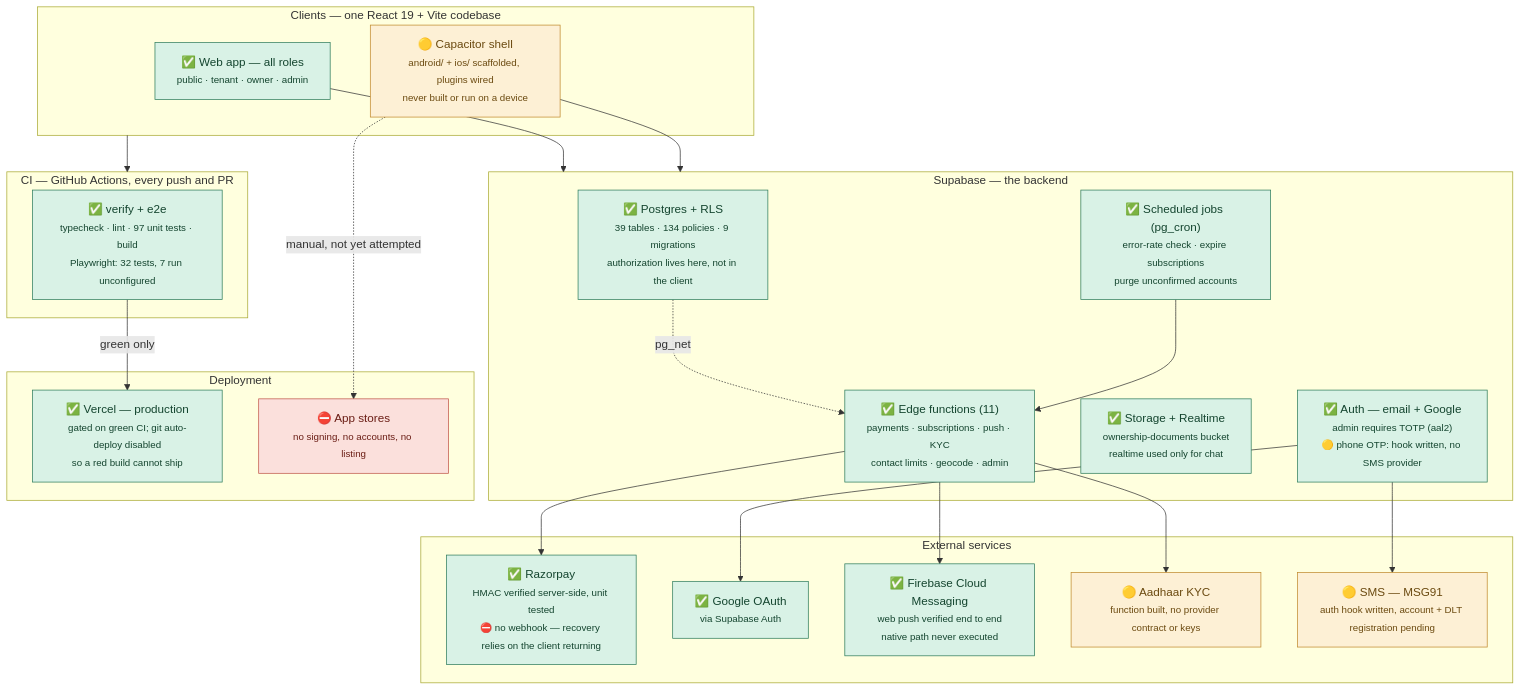
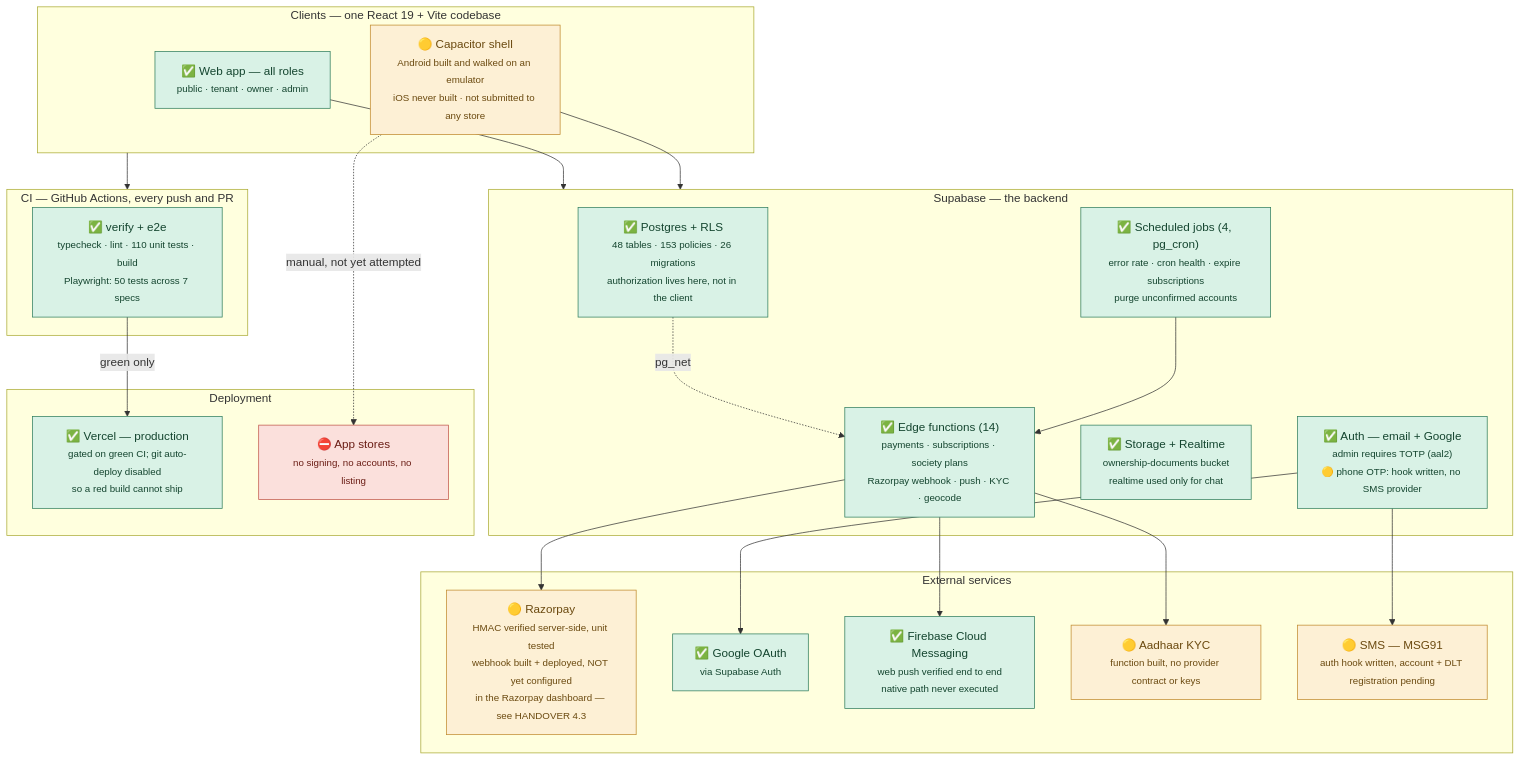
The first of 2 diagrams in ARCHITECTURE.md (skcheguri/Bhavan), drawn with Mermaid before and after one commit. The commit also changed other lines of this file and 2 other files, not shown here.

````diff
--- a/ARCHITECTURE.md
+++ b/ARCHITECTURE.md
@@ -9,52 +9,52 @@
 ```mermaid
 flowchart TD
   subgraph CLIENT["Clients — one React 19 + Vite codebase"]
     WEB["✅ Web app — all roles<br/><small>public · tenant · owner · admin</small>"]
-    CAP["🟡 Capacitor shell<br/><small>android/ + ios/ scaffolded, plugins wired<br/>never built or run on a device</small>"]
+    CAP["🟡 Capacitor shell<br/><small>Android built and walked on an emulator<br/>iOS never built · not submitted to any store</small>"]
   end
 
   subgraph SUPA["Supabase — the backend"]
-    DB["✅ Postgres + RLS<br/><small>39 tables · 134 policies · 9 migrations<br/>authorization lives here, not in the client</small>"]
+    DB["✅ Postgres + RLS<br/><small>48 tables · 153 policies · 26 migrations<br/>authorization lives here, not in the client</small>"]
     AUTH["✅ Auth — email + Google<br/><small>admin requires TOTP (aal2)<br/>🟡 phone OTP: hook written, no SMS provider</small>"]
     STORE["✅ Storage + Realtime<br/><small>ownership-documents bucket<br/>realtime used only for chat</small>"]
-    FN["✅ Edge functions (11)<br/><small>payments · subscriptions · push · KYC<br/>contact limits · geocode · admin</small>"]
-    CRON["✅ Scheduled jobs (pg_cron)<br/><small>error-rate check · expire subscriptions<br/>purge unconfirmed accounts</small>"]
+    FN["✅ Edge functions (14)<br/><small>payments · subscriptions · society plans<br/>Razorpay webhook · push · KYC · geocode</small>"]
+    CRON["✅ Scheduled jobs (4, pg_cron)<br/><small>error rate · cron health · expire subscriptions<br/>purge unconfirmed accounts</small>"]
   end
 
   subgraph EXT["External services"]
-    RZP["✅ Razorpay<br/><small>HMAC verified server-side, unit tested<br/>⛔ no webhook — recovery relies on the client returning</small>"]
+    RZP["🟡 Razorpay<br/><small>HMAC verified server-side, unit tested<br/>webhook built + deployed, NOT yet configured<br/>in the Razorpay dashboard — see HANDOVER 4.3</small>"]
     GOOG["✅ Google OAuth<br/><small>via Supabase Auth</small>"]
     FCM["✅ Firebase Cloud Messaging<br/><small>web push verified end to end<br/>native path never executed</small>"]
     AADH["🟡 Aadhaar KYC<br/><small>function built, no provider contract or keys</small>"]
     SMS["🟡 SMS — MSG91<br/><small>auth hook written, account + DLT registration pending</small>"]
   end
 
   subgraph CI["CI — GitHub Actions, every push and PR"]
-    GATE["✅ verify + e2e<br/><small>typecheck · lint · 97 unit tests · build<br/>Playwright: 32 tests, 7 run unconfigured</small>"]
+    GATE["✅ verify + e2e<br/><small>typecheck · lint · 110 unit tests · build<br/>Playwright: 50 tests across 7 specs</small>"]
   end
 
   subgraph DEPLOY["Deployment"]
     VERCEL["✅ Vercel — production<br/><small>gated on green CI; git auto-deploy disabled<br/>so a red build cannot ship</small>"]
     STORES["⛔ App stores<br/><small>no signing, no accounts, no listing</small>"]
   end
 
   WEB --> SUPA
   CAP --> SUPA
   DB -.->|"pg_net"| FN
   CRON --> FN
   FN --> RZP
   FN --> FCM
   FN --> AADH
   AUTH --> GOOG
   AUTH --> SMS
   CLIENT --> CI
   GATE -->|"green only"| VERCEL
   CAP -.->|"manual, not yet attempted"| STORES
 
   classDef ok fill:#d9f2e6,stroke:#2f7d5d,color:#14452f
   classDef partial fill:#fdf0d5,stroke:#c08a2e,color:#6b4a10
   classDef none fill:#fbe0dc,stroke:#c0564a,color:#6b1e16
-  class WEB,DB,AUTH,STORE,FN,CRON,RZP,GOOG,FCM,GATE,VERCEL ok
-  class CAP,AADH,SMS partial
+  class WEB,DB,AUTH,STORE,FN,CRON,GOOG,FCM,GATE,VERCEL ok
+  class CAP,AADH,SMS,RZP partial
   class STORES none
 ```
````
